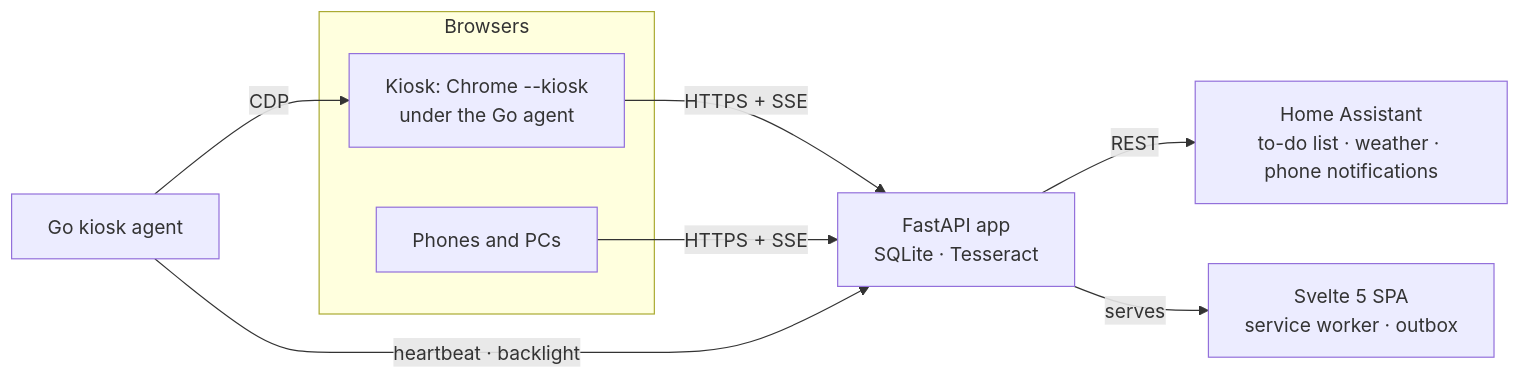
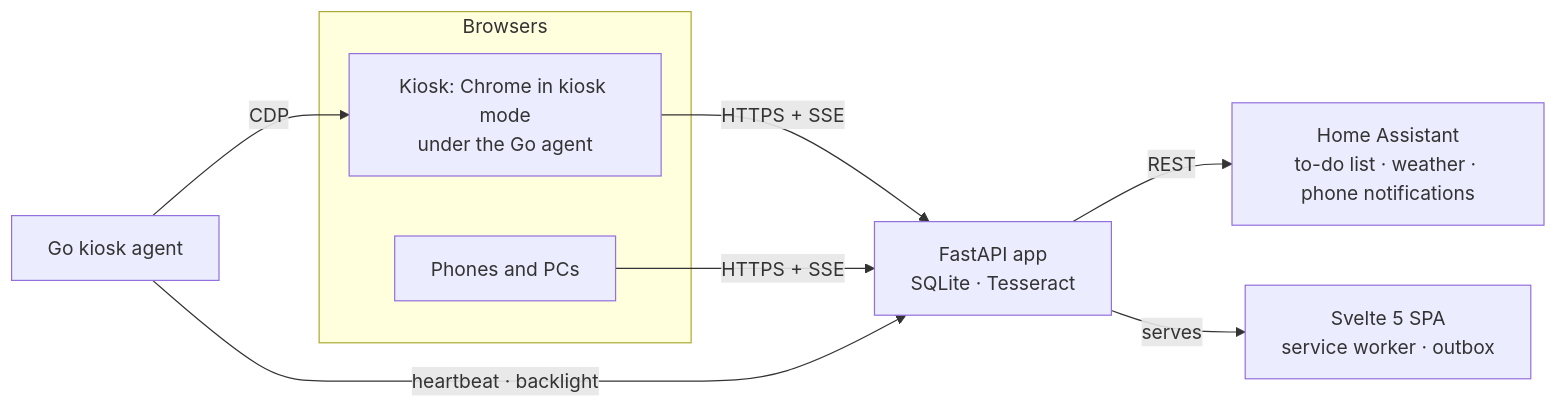
The diagram in README.md (Jxn01/jxn-kitchen), drawn with Mermaid before and after one commit.

Commit message:
README: a diagram label mermaid does not split
Claude-Session: https://claude.ai/code/session_015aE8Aq1LvEZiy5HTfCTbGi

````diff
--- a/README.md
+++ b/README.md
@@ -45,12 +45,12 @@
 ```mermaid
 flowchart LR
     subgraph Browsers
-        K[Kiosk: Chrome --kiosk<br/>under the Go agent]
+        K[Kiosk: Chrome in kiosk mode<br/>under the Go agent]
         P[Phones and PCs]
     end
     K & P -- HTTPS + SSE --> S[FastAPI app<br/>SQLite · Tesseract]
     S -- REST --> HA[Home Assistant<br/>to-do list · weather · phone notifications]
     S -- serves --> W[Svelte 5 SPA<br/>service worker · outbox]
     A[Go kiosk agent] -- CDP --> K
     A -- heartbeat · backlight --> S
 ```
````
